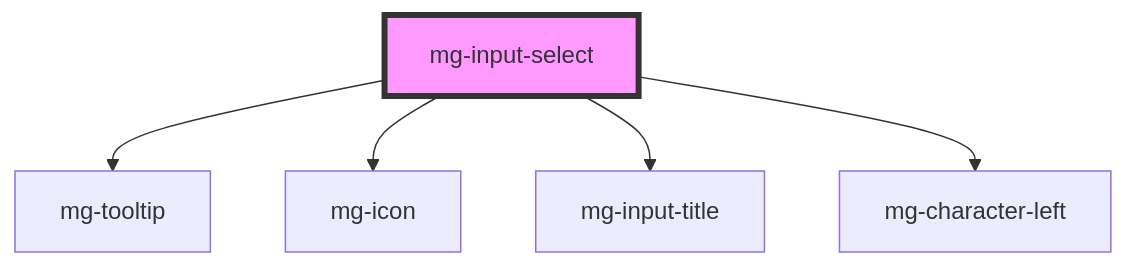
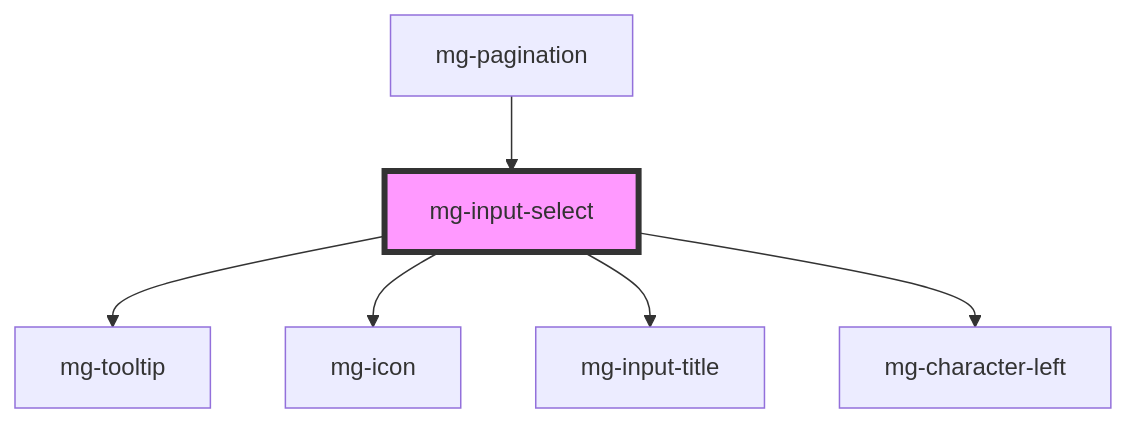
The diagram in src/components/molecules/inputs/mg-input-select/readme.md (MGDIS/mg-components), drawn with Mermaid before and after one commit. The commit also changed other lines of this file and 55 other files, not shown here.

````diff
--- a/src/components/molecules/inputs/mg-input-select/readme.md
+++ b/src/components/molecules/inputs/mg-input-select/readme.md
@@ -44,8 +48,9 @@
 ```mermaid
 graph TD;
   mg-input-select --> mg-tooltip
   mg-input-select --> mg-icon
   mg-input-select --> mg-input-title
   mg-input-select --> mg-character-left
+  mg-pagination --> mg-input-select
   style mg-input-select fill:#f9f,stroke:#333,stroke-width:4px
 ```
````
